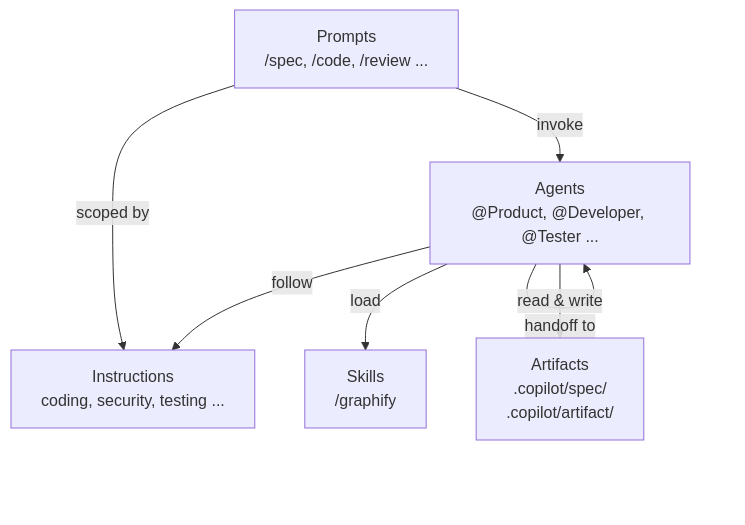
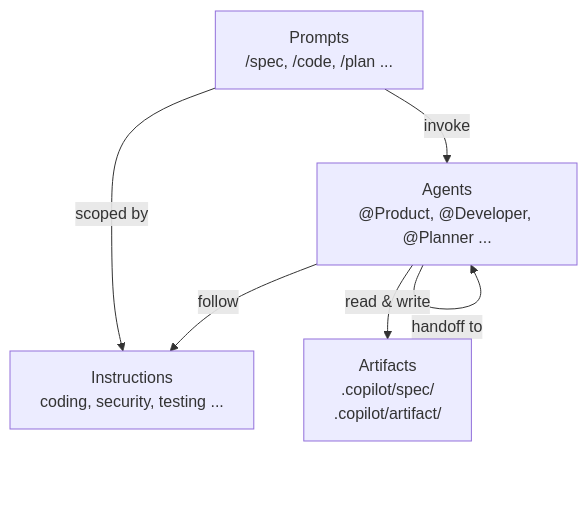
Before and after one commit to Arj404/GITHUB_skills: the diagram in README.md, drawn with Mermaid. The commit also changed other lines of this file and 54 other files, not shown here.

Commit message:
cleanup the agentic flow of unwanted things

````diff
--- a/README.md
+++ b/README.md
@@ -333,9 +280,8 @@
 ```mermaid
 graph TD
-    P["Prompts\n/spec, /code, /review ..."] -->|invoke| A["Agents\n@Product, @Developer, @Tester ..."]
+    P["Prompts\n/spec, /code, /plan ..."] -->|invoke| A["Agents\n@Product, @Developer, @Planner ..."]
     A -->|follow| I["Instructions\ncoding, security, testing ..."]
-    A -->|load| S["Skills\n/graphify"]
     A -->|read & write| AR["Artifacts\n.copilot/spec/\n.copilot/artifact/"]
     A -->|handoff to| A
     P -->|scoped by| I
 ```
````
